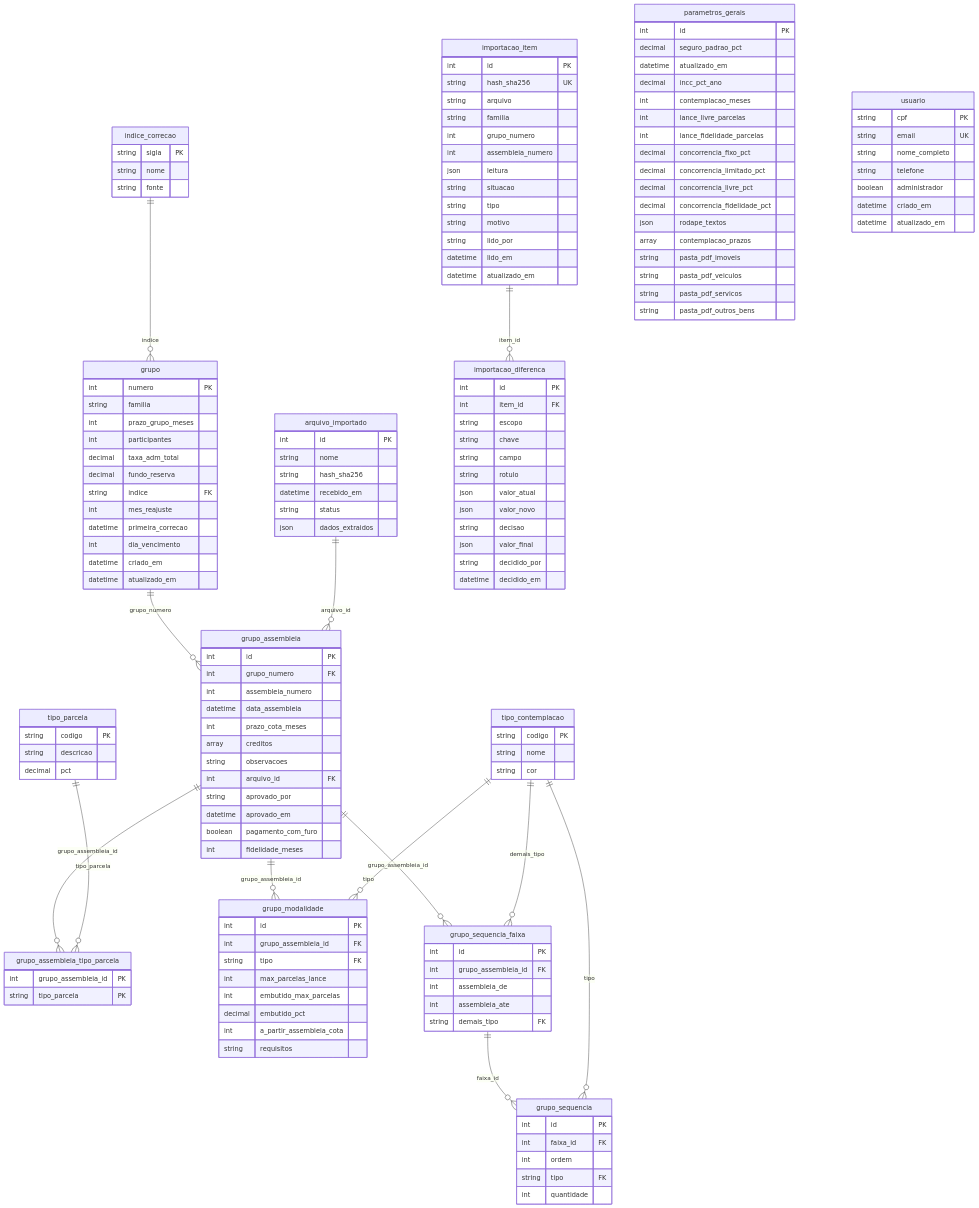
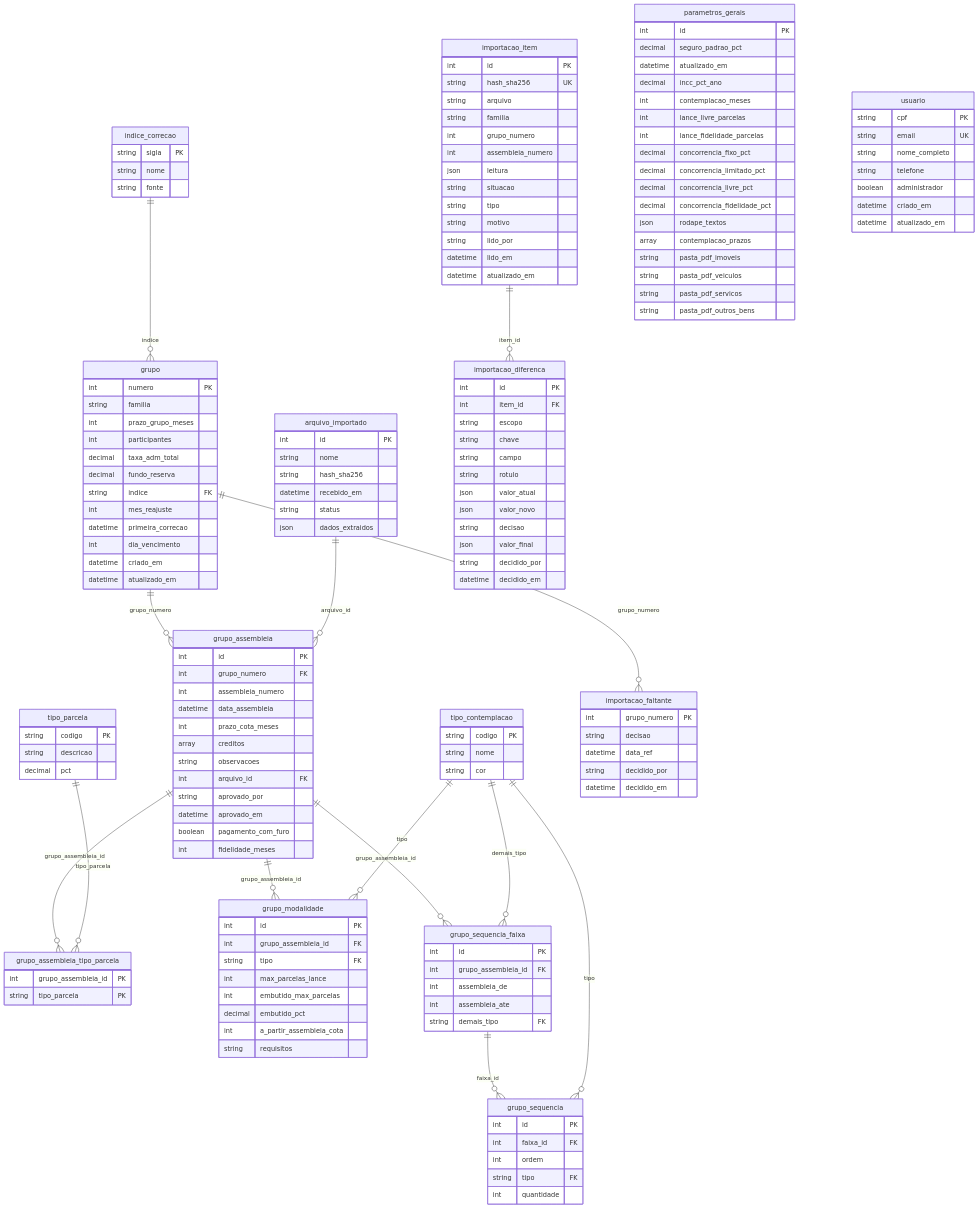
The diagram in docs/modelo-de-dados.md (vladimic/dinastia), drawn with Mermaid before and after one commit. The commit also changed other lines of this file and 12 other files, not shown here.

```diff
--- a/docs/modelo-de-dados.md
+++ b/docs/modelo-de-dados.md
@@ -23,6 +23,7 @@
   tipo_contemplacao ||--o{ grupo_sequencia_faixa : "demais_tipo"
   grupo_sequencia_faixa ||--o{ grupo_sequencia : "faixa_id"
   tipo_contemplacao ||--o{ grupo_sequencia : "tipo"
+  grupo ||--o{ importacao_faltante : "grupo_numero"
   importacao_item ||--o{ importacao_diferenca : "item_id"
   parametros_gerais {
     int id PK
@@ -151,6 +152,13 @@
     string decidido_por
     datetime decidido_em
   }
+  importacao_faltante {
+    int grupo_numero PK
+    string decisao
+    datetime data_ref
+    string decidido_por
+    datetime decidido_em
+  }
   usuario {
     string cpf PK
     string email UK
```
